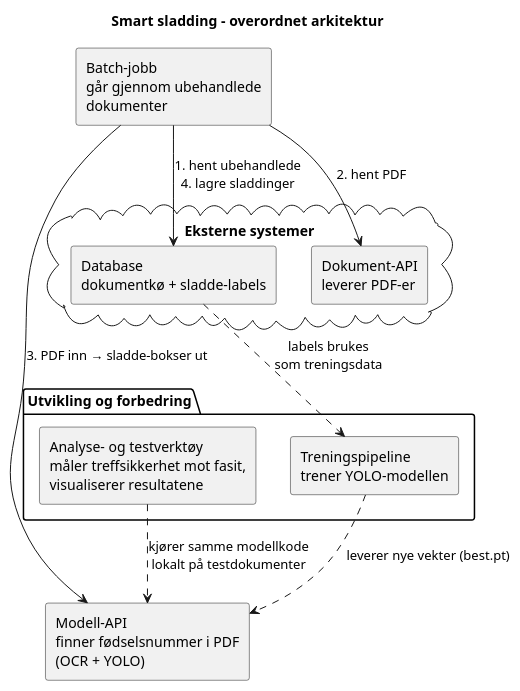
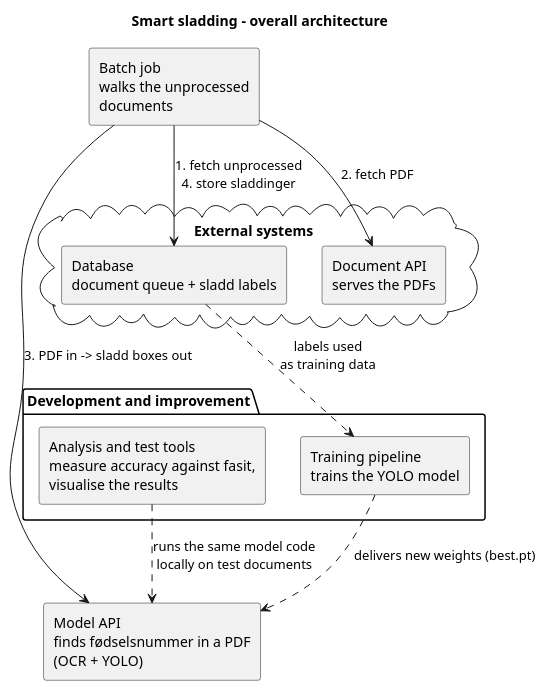
The diagram in docs/diagrams/uml/arkitektur.puml (kartverket/dokumentbestilling-smart-sladding), drawn with PlantUML before and after one commit. The commit also changed 91 other files, not shown here.

```diff
--- a/docs/diagrams/uml/arkitektur.puml
+++ b/docs/diagrams/uml/arkitektur.puml
@@ -1,27 +1,27 @@
 @startuml
-title Smart sladding – overordnet arkitektur
+title Smart sladding - overall architecture
 
 skinparam componentStyle rectangle
 
-cloud "Eksterne systemer" {
-  [Database\ndokumentkø + sladde-labels] as db
-  [Dokument-API\nleverer PDF-er] as dok
+cloud "External systems" {
+  [Database\ndocument queue + sladd labels] as db
+  [Document API\nserves the PDFs] as dok
 }
 
-[Batch-jobb\ngår gjennom ubehandlede\ndokumenter] as jobb
+[Batch job\nwalks the unprocessed\ndocuments] as jobb
 
-[Modell-API\nfinner fødselsnummer i PDF\n(OCR + YOLO)] as modell
+[Model API\nfinds fødselsnummer in a PDF\n(OCR + YOLO)] as modell
 
-package "Utvikling og forbedring" {
-  [Analyse- og testverktøy\nmåler treffsikkerhet mot fasit,\nvisualiserer resultatene] as verktoy
-  [Treningspipeline\ntrener YOLO-modellen] as trening
+package "Development and improvement" {
+  [Analysis and test tools\nmeasure accuracy against fasit,\nvisualise the results] as verktoy
+  [Training pipeline\ntrains the YOLO model] as trening
 }
 
-jobb --> db : 1. hent ubehandlede\n4. lagre sladdinger
-jobb --> dok : 2. hent PDF
-jobb --> modell : 3. PDF inn → sladde-bokser ut
+jobb --> db : 1. fetch unprocessed\n4. store sladdinger
+jobb --> dok : 2. fetch PDF
+jobb --> modell : 3. PDF in -> sladd boxes out
 
-verktoy ..> modell : kjører samme modellkode\nlokalt på testdokumenter
-trening ..> modell : leverer nye vekter (best.pt)
-db ..> trening : labels brukes\nsom treningsdata
+verktoy ..> modell : runs the same model code\nlocally on test documents
+trening ..> modell : delivers new weights (best.pt)
+db ..> trening : labels used\nas training data
 @enduml
```
